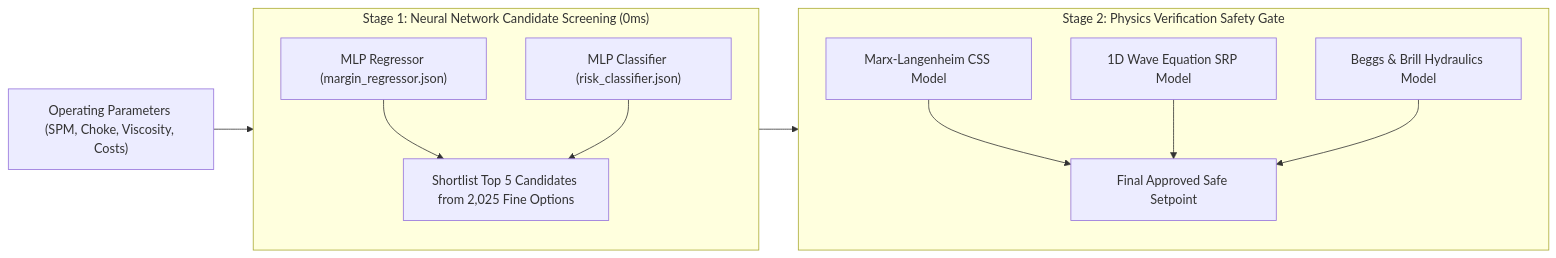
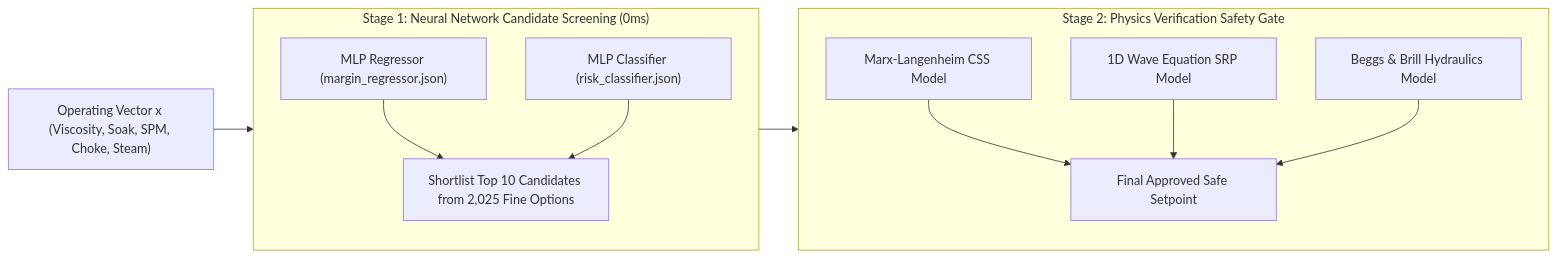
Before and after one commit to bharatmalik-cs/Baghewala-digital-twin: the second of 2 diagrams in docs/baghewala_digital_twin_guide_v2.md, drawn with Mermaid. The commit also changed other lines of this file, not shown here.

Commit message:
Update guide with detailed AI models specification and operating conditions

````diff
--- a/docs/baghewala_digital_twin_guide_v2.md
+++ b/docs/baghewala_digital_twin_guide_v2.md
@@ -151,16 +133,16 @@
 ```mermaid
 flowchart LR
-    A["Operating Parameters (SPM, Choke, Viscosity, Costs)"] --> Stage1
+    A["Operating Vector x (Viscosity, Soak, SPM, Choke, Steam)"] --> Stage1
     subgraph Stage1 ["Stage 1: Neural Network Candidate Screening (0ms)"]
         B["MLP Regressor (margin_regressor.json)"] 
         C["MLP Classifier (risk_classifier.json)"]
-        B & C --> D["Shortlist Top 5 Candidates from 2,025 Fine Options"]
+        B & C --> D["Shortlist Top 10 Candidates from 2,025 Fine Options"]
     end
     Stage1 --> Stage2
     subgraph Stage2 ["Stage 2: Physics Verification Safety Gate"]
         E["Marx-Langenheim CSS Model"]
         F["1D Wave Equation SRP Model"]
         G["Beggs & Brill Hydraulics Model"]
         E & F & G --> H["Final Approved Safe Setpoint"]
     end
 ```
````
